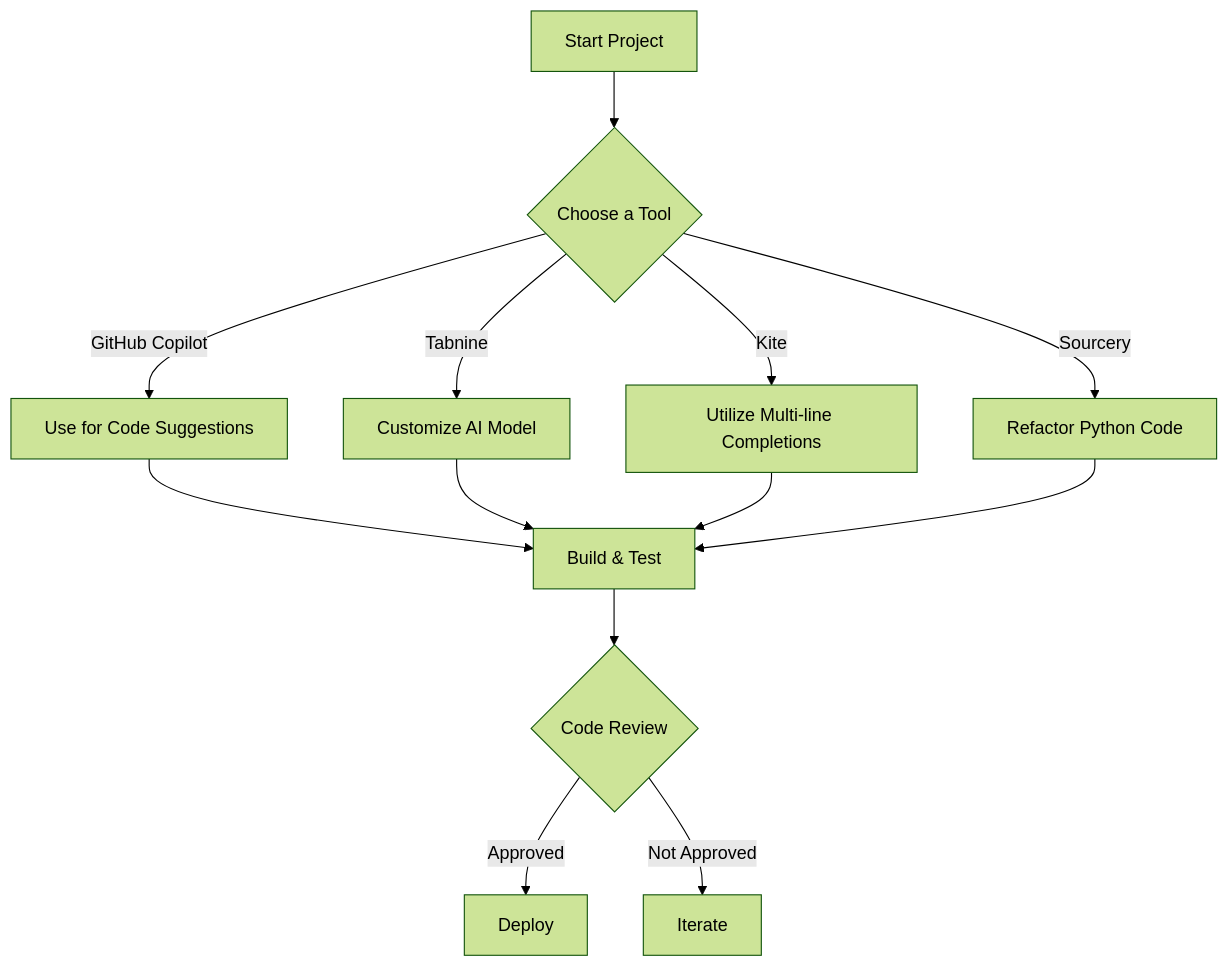
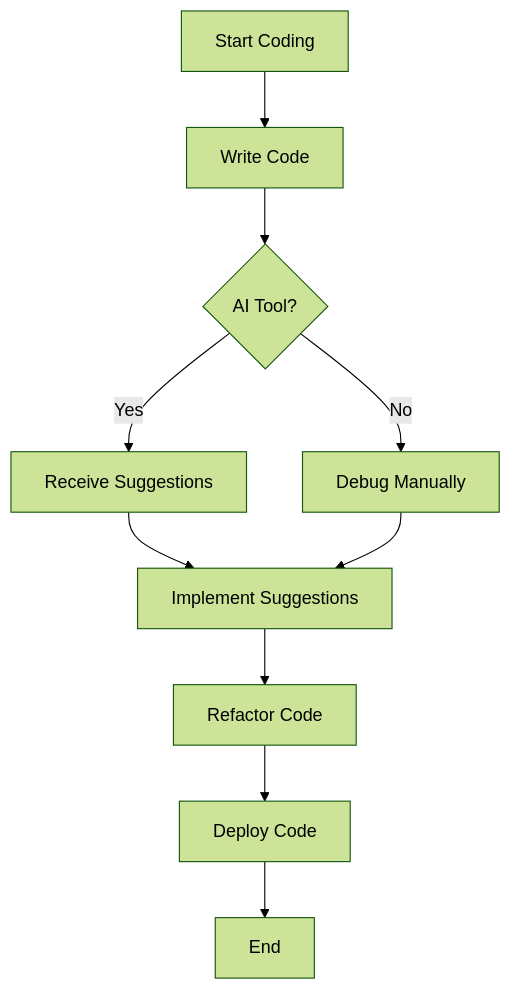
Before and after one commit to ai-tools-lab/ai-tools-lab.github.io: the diagram in content/posts/top-ai-coding-tools-for-developers-in-2026.md, drawn with Mermaid (forest theme). The commit also changed other lines of this file and 86 other files, not shown here.

````diff
--- a/content/posts/top-ai-coding-tools-for-developers-in-2026.md
+++ b/content/posts/top-ai-coding-tools-for-developers-in-2026.md
@@ -139,15 +130,12 @@
 ```mermaid
-flowchart TD
-    A[Start Project] --> B{Choose a Tool}
-    B -->|GitHub Copilot| C[Use for Code Suggestions]
-    B -->|Tabnine| D[Customize AI Model]
-    B -->|Kite| E[Utilize Multi-line Completions]
-    B -->|Sourcery| F[Refactor Python Code]
-    C --> G[Build & Test]
-    D --> G
-    E --> G
-    F --> G
-    G --> H{Code Review}
-    H -->|Approved| I[Deploy]
-    H -->|Not Approved| J[Iterate]
+graph TD;
+    A[Start Coding] --> B[Write Code];
+    B --> C{AI Tool?};
+    C -->|Yes| D[Receive Suggestions];
+    C -->|No| E[Debug Manually];
+    D --> F[Implement Suggestions];
+    F --> G[Refactor Code];
+    E --> F;
+    G --> H[Deploy Code];
+    H --> I[End];
 ```
````
